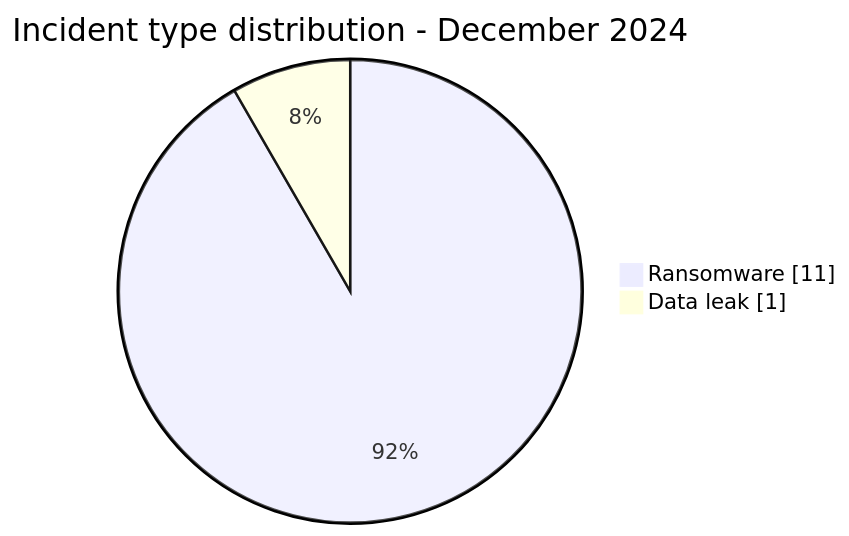
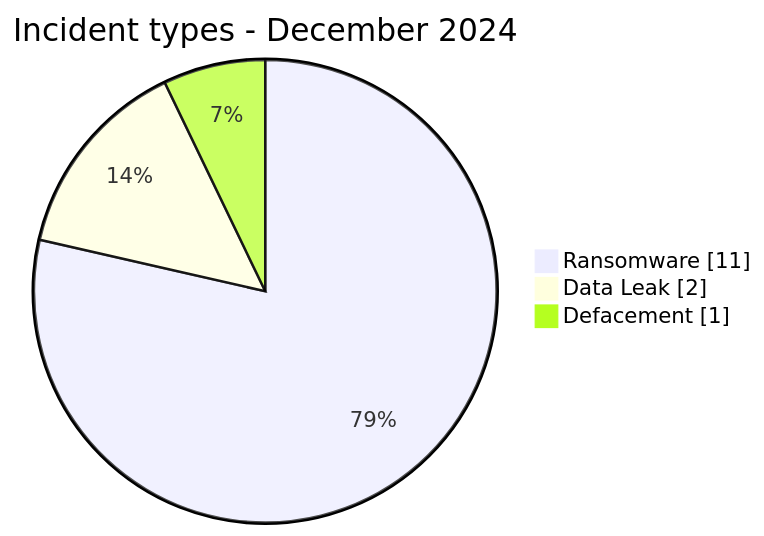
One commit to Hatchepsoute/AFRINTEL changed the first of 3 diagrams in CyberAttackAfrica/2024/12-december/README.md. Above: the diagram before and after it, drawn with Mermaid. The commit also changed other lines of this file and 60 other files, not shown here.

````diff
--- a/CyberAttackAfrica/2024/12-december/README.md
+++ b/CyberAttackAfrica/2024/12-december/README.md
@@ -58,6 +56,7 @@
 ```mermaid
 pie showData
-    title Incident type distribution - December 2024
+    title Incident types - December 2024
     "Ransomware" : 11
-    "Data leak" : 1
+    "Data Leak" : 2
+    "Defacement" : 1
 ```
````
